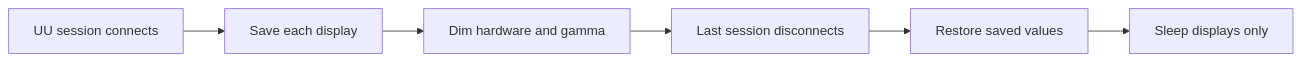
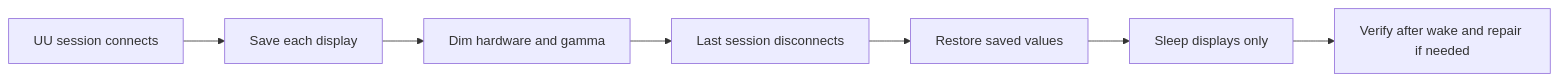
One commit to zpmdd/uuremote-brightness-guard changed the diagram in README.en.md. Above: the diagram before and after it, drawn with Mermaid. The commit also changed other lines of this file and 8 other files, not shown here.

First line of the commit message:
fix: verify brightness after display wake (#2)

````diff
--- a/README.en.md
+++ b/README.en.md
@@ -25,8 +25,9 @@
 ```mermaid
 flowchart LR
     A[UU session connects] --> B[Save each display]
     B --> C[Dim hardware and gamma]
     C --> D[Last session disconnects]
     D --> E[Restore saved values]
     E --> F[Sleep displays only]
+    F --> G[Verify after wake and repair if needed]
 ```
````
